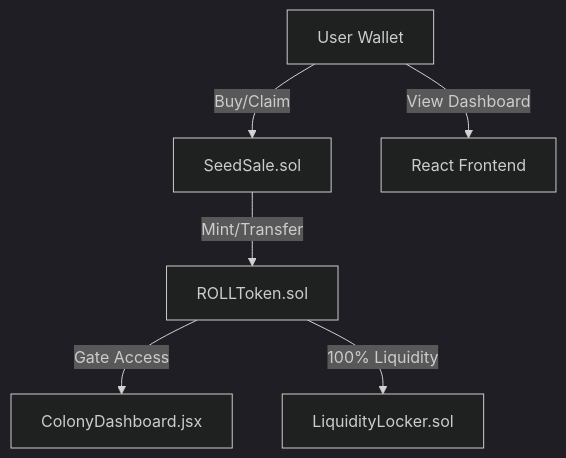
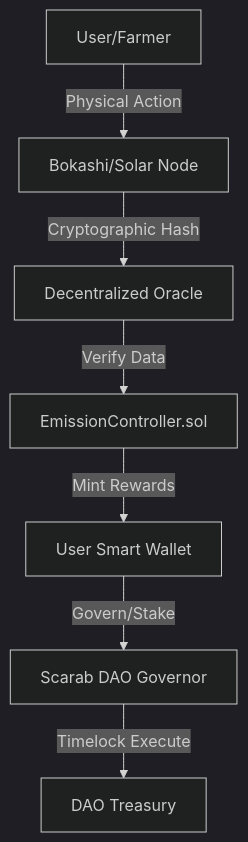
One commit to shelbyahobi/scarabprotocol changed the diagram in README.md. Above: the diagram before and after it, drawn with Mermaid (dark theme). The commit also changed other lines of this file and 26 other files, not shown here.

````diff
--- a/README.md
+++ b/README.md
@@ -24,8 +24,9 @@
 ```mermaid
 graph TD
-    User[User Wallet] -->|Buy/Claim| SeedSale[SeedSale.sol]
-    User -->|View Dashboard| DApp[React Frontend]
-    SeedSale -->|Mint/Transfer| Token[ROLLToken.sol]
-    Token -->|Gate Access| Colony[ColonyDashboard.jsx]
-    Token -->|100% Liquidity| Locker[LiquidityLocker.sol]
+    User[User/Farmer] -->|Physical Action| Hardware[Bokashi/Solar Node]
+    Hardware -->|Cryptographic Hash| Oracle[Decentralized Oracle]
+    Oracle -->|Verify Data| SC[EmissionController.sol]
+    SC -->|Mint Rewards| Wallet[User Smart Wallet]
+    Wallet -->|Govern/Stake| DAO[Scarab DAO Governor]
+    DAO -->|Timelock Execute| Treasury[DAO Treasury]
 ```
````
